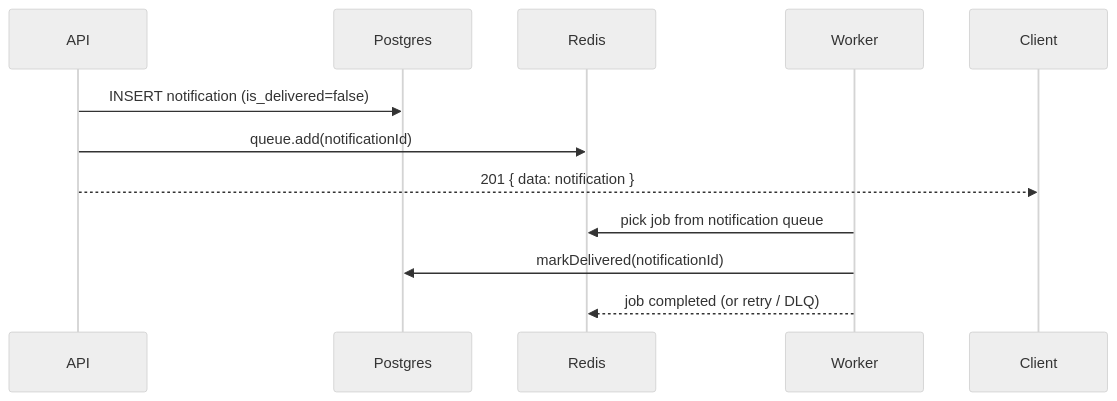
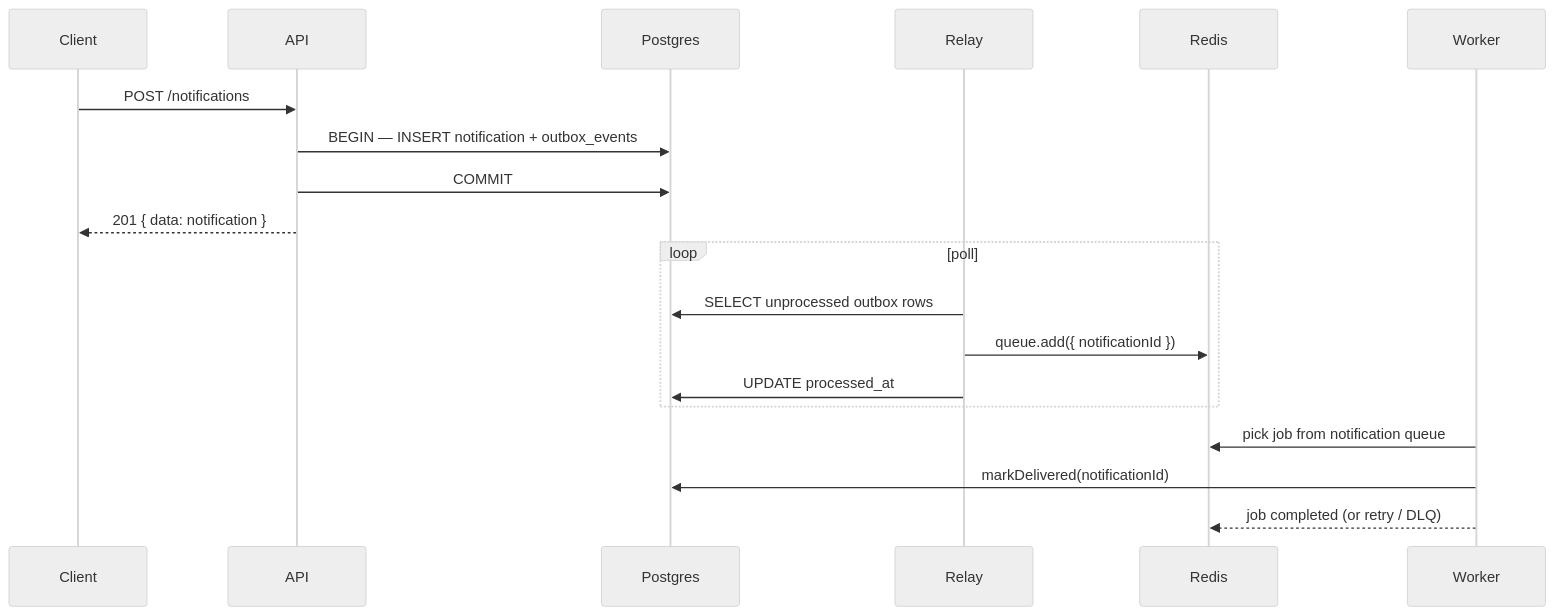
Before and after one commit to web-sujal/async-notification-system: the second of 2 diagrams in ARCHITECTURE.md, drawn with Mermaid (neutral theme). The commit also changed other lines of this file, not shown here.

````diff
--- a/ARCHITECTURE.md
+++ b/ARCHITECTURE.md
@@ -101,15 +108,24 @@
 ```mermaid
 sequenceDiagram
+  participant Client
   participant API
   participant Postgres
+  participant Relay
   participant Redis
   participant Worker
 
-  API->>Postgres: INSERT notification (is_delivered=false)
-  API->>Redis: queue.add(notificationId)
+  Client->>API: POST /notifications
+  API->>Postgres: BEGIN — INSERT notification + outbox_events
+  API->>Postgres: COMMIT
   API-->>Client: 201 { data: notification }
+
+  loop poll
+    Relay->>Postgres: SELECT unprocessed outbox rows
+    Relay->>Redis: queue.add({ notificationId })
+    Relay->>Postgres: UPDATE processed_at
+  end
 
   Worker->>Redis: pick job from notification queue
   Worker->>Postgres: markDelivered(notificationId)
   Worker-->>Redis: job completed (or retry / DLQ)
 ```
````
